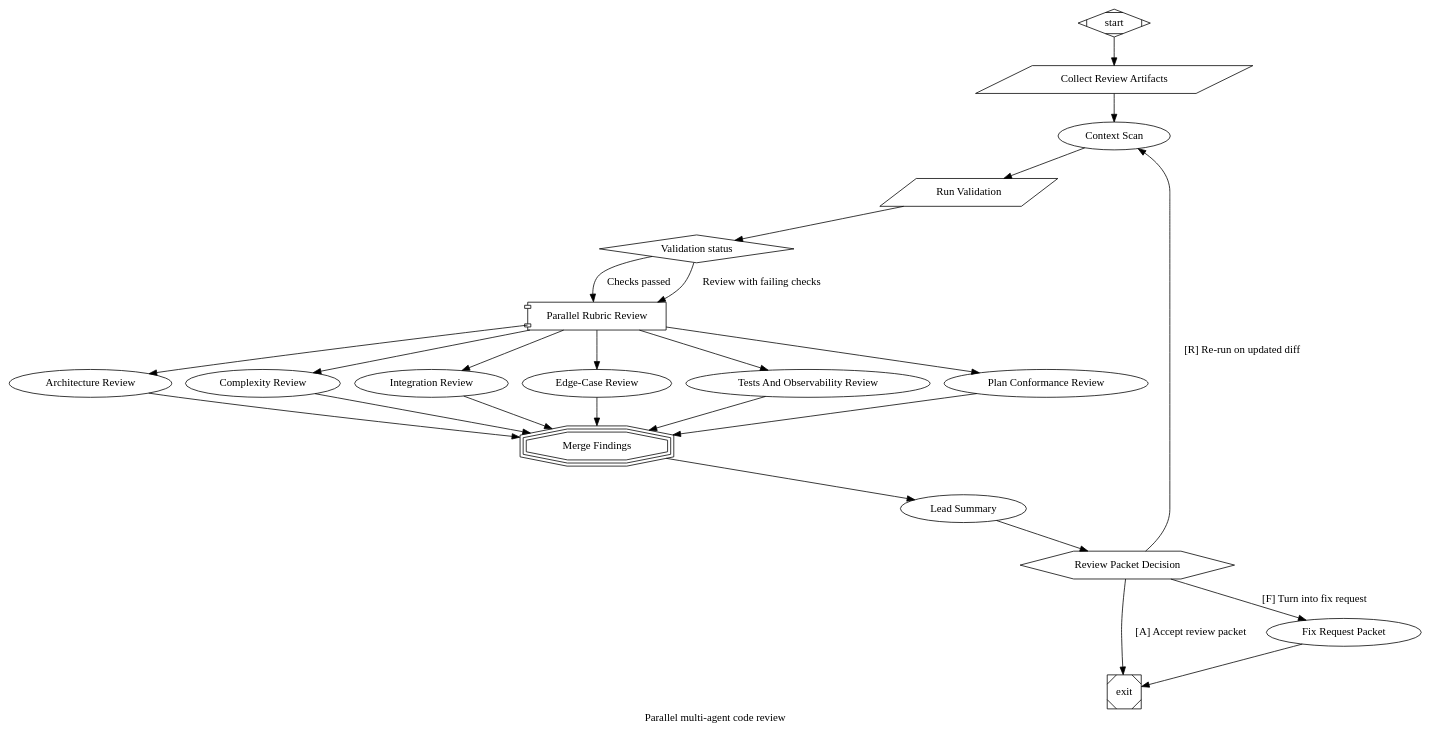
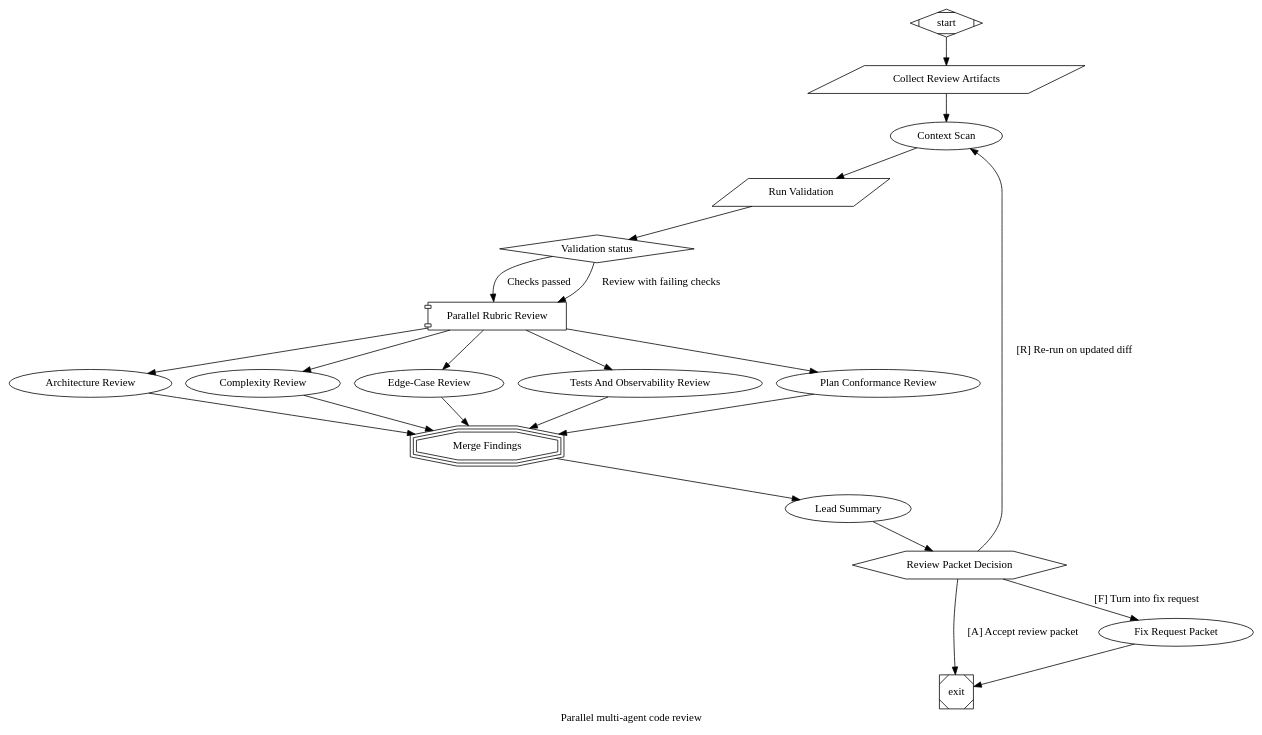
Before and after one commit to siarhei-belavus/attractor-pi-dev: the diagram in examples/parallel-code-review/pipeline.dot, drawn with Graphviz. The commit also changed 6 other files, not shown here.

Commit message:
Tighten parallel review workflow and resume handling

```diff
--- a/examples/parallel-code-review/pipeline.dot
+++ b/examples/parallel-code-review/pipeline.dot
@@ -1,148 +1,138 @@
 digraph ParallelCodeReview {
     graph [
         goal="Review $review_scope in $repo_path with parallel rubric specialists",
         label="Parallel multi-agent code review",
         vars="repo_path=., review_scope=pending code changes, validation_command=, implementation_plan_path=",
         model_stylesheet="
             * { llm_model: gpt-5.1-codex-mini; llm_provider: openai-codex; reasoning_effort: medium; }
             .lead { llm_model: gpt-5.1-codex-mini; llm_provider: openai-codex; reasoning_effort: high; }
             .specialist { llm_model: gpt-5.1-codex-mini; llm_provider: openai-codex; reasoning_effort: high; }
         "
     ]
     rankdir=TB
 
     node [fidelity="full", timeout="1800s"]
 
     start [shape=Mdiamond]
     exit  [shape=Msquare]
 
     review_artifacts [
         shape=parallelogram,
         label="Collect Review Artifacts",
         tool_command="cd \"$repo_path\" && printf '== REVIEW SCOPE ==\\n%s\\n' \"$review_scope\" && if git rev-parse --is-inside-work-tree >/dev/null 2>&1; then printf '\\n== GIT STATUS ==\\n' && git status --short && printf '\\n== GIT DIFF STAT ==\\n' && git diff --stat && printf '\\n== UNTRACKED FILES ==\\n' && git ls-files --others --exclude-standard; else printf '\\n== GIT STATUS ==\\n<not a git repository>\\n'; fi && if [ -n \"$implementation_plan_path\" ]; then printf '\\n== IMPLEMENTATION PLAN: %s ==\\n' \"$implementation_plan_path\" && cat \"$implementation_plan_path\"; else printf '\\n== IMPLEMENTATION PLAN ==\\n<none provided>\\n'; fi"
     ]
 
     context_scan [
         label="Context Scan",
         class="lead",
         prompt="@prompts/context-scan.md",
         context_keys="node.review_artifacts.tool.output",
         thread_id="lead"
     ]
 
     validate [
         shape=parallelogram,
         label="Run Validation",
         tool_command="cd \"$repo_path\" && if [ -n \"$validation_command\" ]; then eval \"$validation_command\"; else printf 'No validation command configured; skipped.\\n'; fi"
     ]
 
     validation_gate [shape=diamond, label="Validation status"]
 
     parallel_review [
         shape=component,
         label="Parallel Rubric Review",
         join_policy="wait_all",
         error_policy="continue",
-        max_parallel=6
+        max_parallel=5
     ]
 
     architecture_review [
         label="Architecture Review",
         class="specialist",
         prompt="@prompts/architecture.md",
         context_keys="node.context_scan.last_response,node.validate.tool.output",
         thread_id="architecture"
     ]
 
     complexity_review [
         label="Complexity Review",
         class="specialist",
         prompt="@prompts/complexity.md",
         context_keys="node.context_scan.last_response,node.validate.tool.output",
         thread_id="complexity"
-    ]
-
-    integration_review [
-        label="Integration Review",
-        class="specialist",
-        prompt="@prompts/integration.md",
-        context_keys="node.context_scan.last_response,node.validate.tool.output",
-        thread_id="integration"
     ]
 
     edge_case_review [
         label="Edge-Case Review",
         class="specialist",
         prompt="@prompts/edge-cases.md",
         context_keys="node.context_scan.last_response,node.validate.tool.output",
         thread_id="edge-cases"
     ]
 
     tests_review [
         label="Tests And Observability Review",
         class="specialist",
         prompt="@prompts/tests.md",
         context_keys="node.context_scan.last_response,node.validate.tool.output",
         thread_id="tests"
     ]
 
     plan_review [
         label="Plan Conformance Review",
         class="specialist",
         prompt="@prompts/plan-conformance.md",
         context_keys="node.context_scan.last_response,node.validate.tool.output",
         thread_id="plan"
     ]
 
     merge_findings [
         shape=tripleoctagon,
         label="Merge Findings",
         prompt="@prompts/fan-in.md",
-        context_keys="node.architecture_review.last_response,node.complexity_review.last_response,node.integration_review.last_response,node.edge_case_review.last_response,node.tests_review.last_response,node.plan_review.last_response,node.validate.tool.output"
+        context_keys="node.architecture_review.last_response,node.complexity_review.last_response,node.edge_case_review.last_response,node.tests_review.last_response,node.plan_review.last_response,node.validate.tool.output"
     ]
 
     lead_summary [
         label="Lead Summary",
         class="lead",
         prompt="@prompts/lead-summary.md",
         context_keys="node.context_scan.last_response,node.merge_findings.parallel.fan_in.llm_evaluation,node.validate.tool.output",
         thread_id="lead"
     ]
 
     review_gate [
         shape=hexagon,
         label="Review Packet Decision"
     ]
 
     follow_up [
         label="Fix Request Packet",
         class="lead",
         prompt="@prompts/follow-up.md",
         context_keys="node.lead_summary.last_response",
         thread_id="lead"
     ]
 
     start -> review_artifacts -> context_scan -> validate -> validation_gate
     validation_gate -> parallel_review [condition="outcome=success", label="Checks passed"]
     validation_gate -> parallel_review [condition="outcome!=success", label="Review with failing checks"]
 
     parallel_review -> architecture_review
     parallel_review -> complexity_review
-    parallel_review -> integration_review
     parallel_review -> edge_case_review
     parallel_review -> tests_review
     parallel_review -> plan_review
 
     architecture_review -> merge_findings
     complexity_review -> merge_findings
-    integration_review -> merge_findings
     edge_case_review -> merge_findings
     tests_review -> merge_findings
     plan_review -> merge_findings
 
     merge_findings -> lead_summary -> review_gate
     review_gate -> exit         [label="[A] Accept review packet"]
     review_gate -> follow_up    [label="[F] Turn into fix request"]
     review_gate -> context_scan [label="[R] Re-run on updated diff", fidelity="full", thread_id="lead"]
     follow_up -> exit
 }
```
